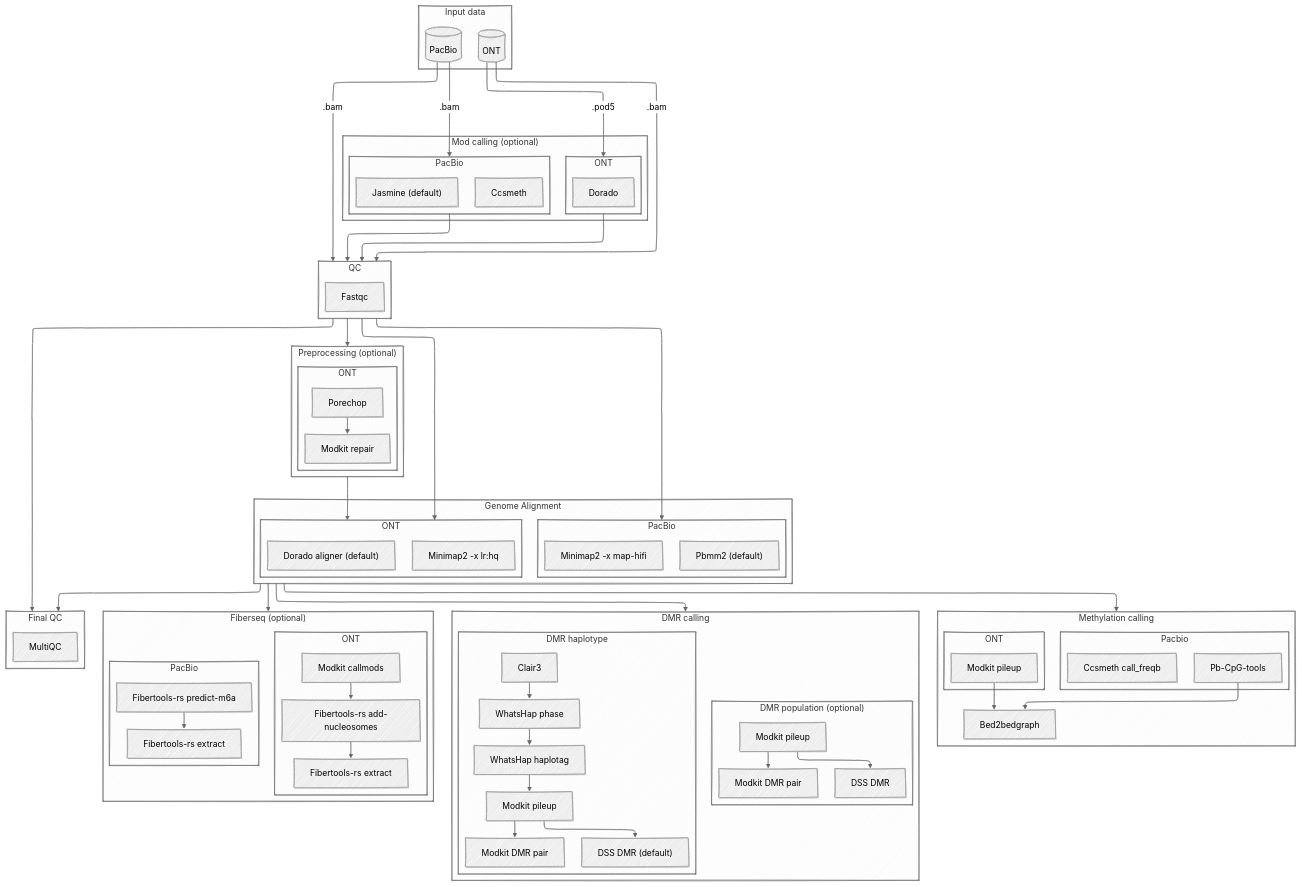
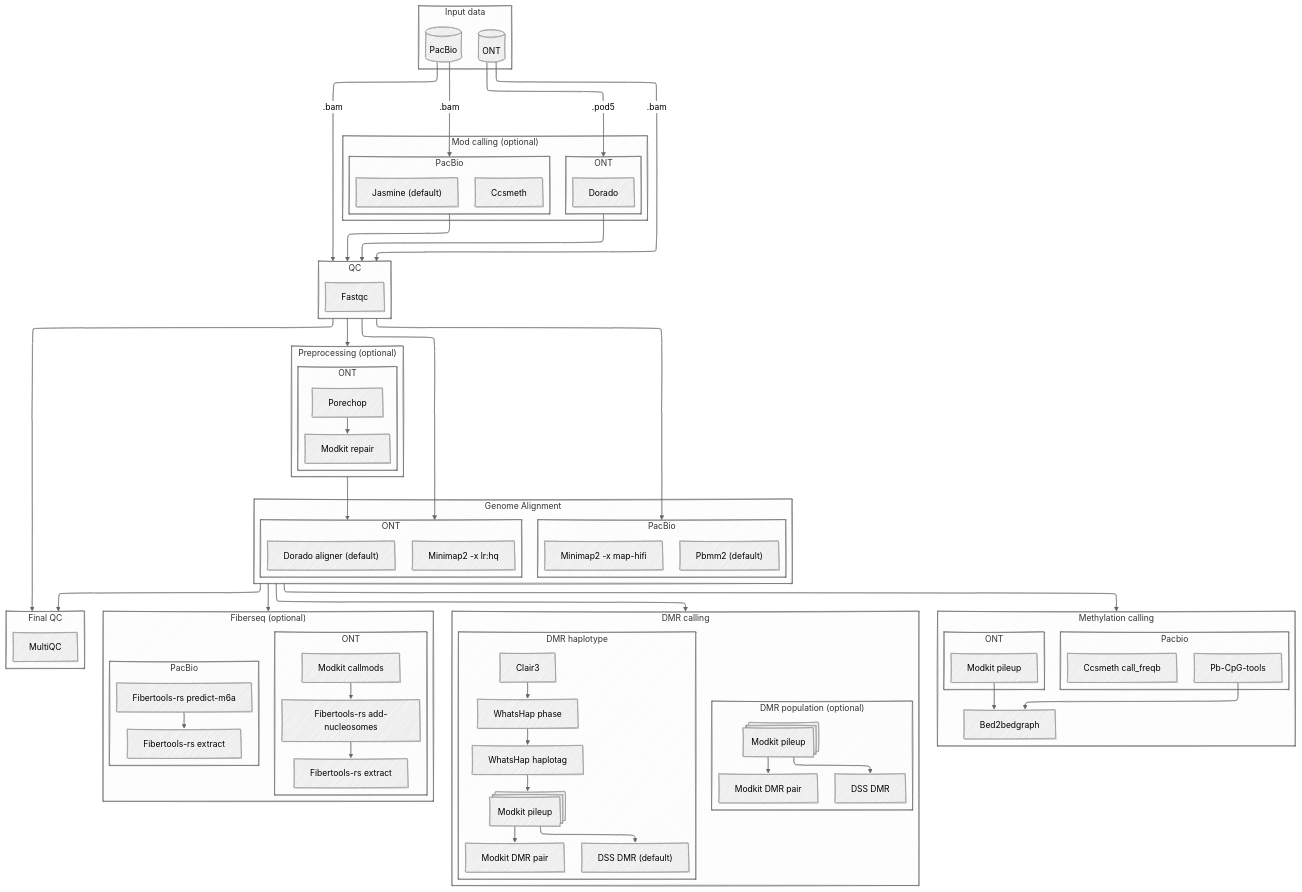
The diagram in docs/usage.md (YiJin-Xiong/methylong), drawn with Mermaid before and after one commit.

Commit message:
minor update in chart

````diff
--- a/docs/usage.md
+++ b/docs/usage.md
@@ -117,4 +117,6 @@
     A1 -- ".bam" --> Stage3
     A1@{ shape: cyl}
     A2@{ shape: cyl}
+    G1@{ shape: procs}
+    H4@{ shape: procs}
 ```
````
